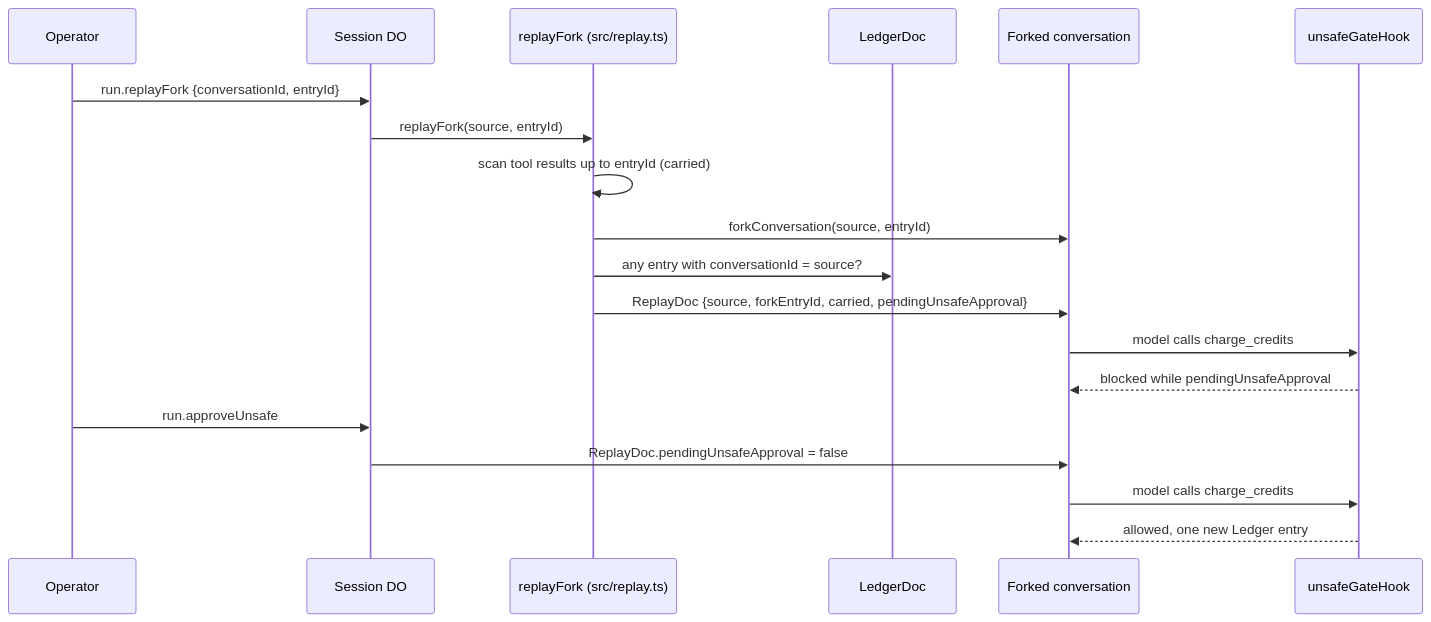
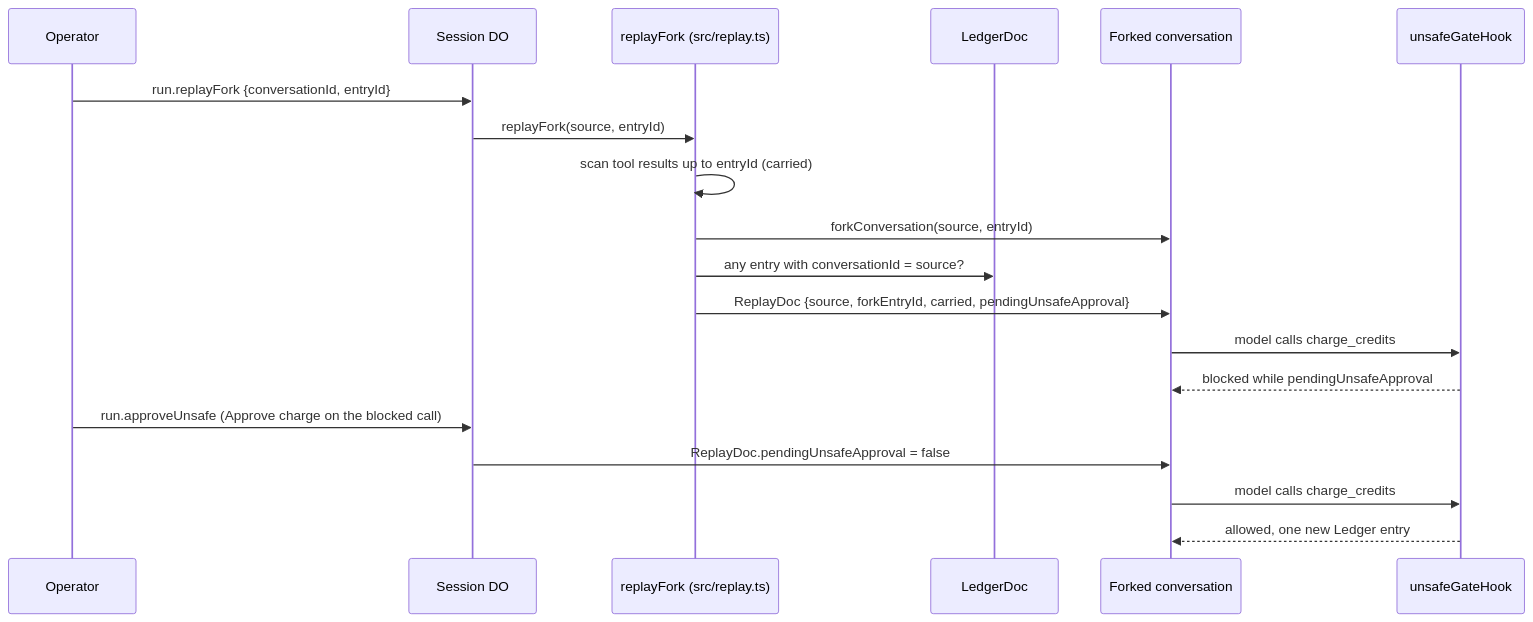
One commit to hung-ngm/pi-durable-replay changed the sixth of 7 diagrams in SPEC.md. Above: the diagram before and after it, drawn with Mermaid. The commit also changed other lines of this file and 9 other files, not shown here.

````diff
--- a/SPEC.md
+++ b/SPEC.md
@@ -202,21 +202,21 @@
 ```mermaid
 sequenceDiagram
   participant Op as Operator
   participant S as Session DO
   participant R as replayFork (src/replay.ts)
   participant L as LedgerDoc
   participant F as Forked conversation
   participant Gate as unsafeGateHook
   Op->>S: run.replayFork {conversationId, entryId}
   S->>R: replayFork(source, entryId)
   R->>R: scan tool results up to entryId (carried)
   R->>F: forkConversation(source, entryId)
   R->>L: any entry with conversationId = source?
   R->>F: ReplayDoc {source, forkEntryId, carried, pendingUnsafeApproval}
   F->>Gate: model calls charge_credits
   Gate-->>F: blocked while pendingUnsafeApproval
-  Op->>S: run.approveUnsafe
+  Op->>S: run.approveUnsafe (Approve charge on the blocked call)
   S->>F: ReplayDoc.pendingUnsafeApproval = false
   F->>Gate: model calls charge_credits
   Gate-->>F: allowed, one new Ledger entry
 ```
````
